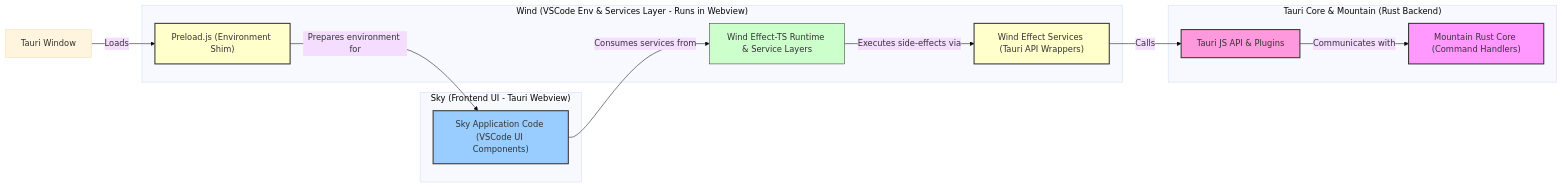
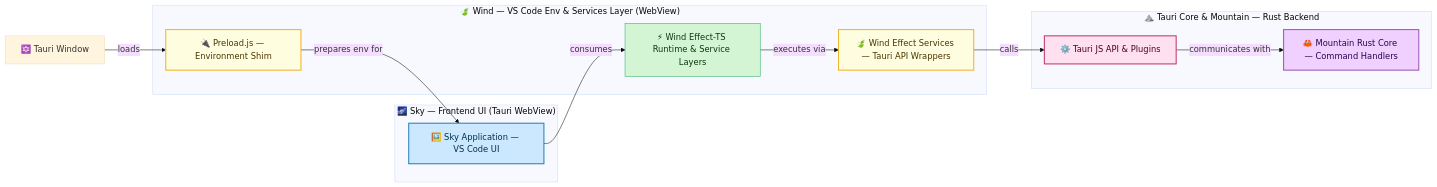
Before and after one commit to CodeEditorLand/Wind: the diagram in README.md, drawn with Mermaid (base theme). The commit also changed other lines of this file, not shown here.

Commit message:
docs: em quad spacing, backticks on keywords, enriched mermaid, table cleanup

````diff
--- a/README.md
+++ b/README.md
@@ -118,32 +114,31 @@
 ```mermaid
 graph LR
-classDef sky fill:#9cf,stroke:#333,stroke-width:2px;
-classDef wind fill:#ffc,stroke:#333,stroke-width:2px;
-classDef tauri fill:#f9d,stroke:#333,stroke-width:2px;
-classDef mountain fill:#f9f,stroke:#333,stroke-width:2px;
-classDef effectts fill:#cfc,stroke:#333,stroke-width:1px;
+    classDef sky      fill:#cce8ff,stroke:#2980b9,stroke-width:2px,color:#003050;
+    classDef wind     fill:#fffde0,stroke:#f0b429,stroke-width:2px,color:#4a3500;
+    classDef tauri    fill:#ffe0f0,stroke:#c0396a,stroke-width:2px,color:#4a0020;
+    classDef mountain fill:#f0d0ff,stroke:#9b59b6,stroke-width:2px,color:#2c0050;
+    classDef effectts fill:#d4f5d4,stroke:#27ae60,stroke-width:1px,color:#0a3a0a;
 
-subgraph "Sky (Frontend UI - Tauri Webview)"
-SkyApp["Sky Application Code (VSCode UI Components)"]:::sky
-end
+    subgraph "🌌 Sky — Frontend UI (Tauri WebView)"
+        SkyApp["🖼️ Sky Application — VS Code UI"]:::sky
+    end
 
-subgraph "Wind (VSCode Env & Services Layer - Runs in Webview)"
-PreloadJS["Preload.js (Environment Shim)"]:::wind
-WindEffectTSRuntime["Wind Effect-TS Runtime & Service Layers"]:::effectts
-TauriIntegrations["Wind Effect Services (Tauri API Wrappers)"]:::wind
+    subgraph "🍃 Wind — VS Code Env & Services Layer (WebView)"
+        PreloadJS["🔌 Preload.js — Environment Shim"]:::wind
+        WindEffectTSRuntime["⚡ Wind Effect-TS Runtime & Service Layers"]:::effectts
+        TauriIntegrations["🍃 Wind Effect Services — Tauri API Wrappers"]:::wind
 
-SkyApp -- Consumes services from --> WindEffectTSRuntime;
-WindEffectTSRuntime -- Executes side-effects via --> TauriIntegrations;
-end
+        SkyApp -- consumes --> WindEffectTSRuntime
+        WindEffectTSRuntime -- executes via --> TauriIntegrations
+    end
 
-subgraph "Tauri Core & Mountain (Rust Backend)"
-TauriAPIs["Tauri JS API & Plugins"]:::tauri
-MountainBackend["Mountain Rust Core (Command Handlers)"]:::mountain
-end
+    subgraph "⛰️ Tauri Core & Mountain — Rust Backend"
+        TauriAPIs["⚙️ Tauri JS API & Plugins"]:::tauri
+        MountainBackend["🦀 Mountain Rust Core — Command Handlers"]:::mountain
+    end
 
-TauriWindow["Tauri Window"] -- Loads --> PreloadJS
-PreloadJS -- Prepares environment for --> SkyApp
-
-TauriIntegrations -- Calls --> TauriAPIs;
-TauriAPIs -- Communicates with --> MountainBackend;
+    TauriWindow["🔯 Tauri Window"] -- loads --> PreloadJS
+    PreloadJS -- prepares env for --> SkyApp
+    TauriIntegrations -- calls --> TauriAPIs
+    TauriAPIs -- communicates with --> MountainBackend
 ```
````
